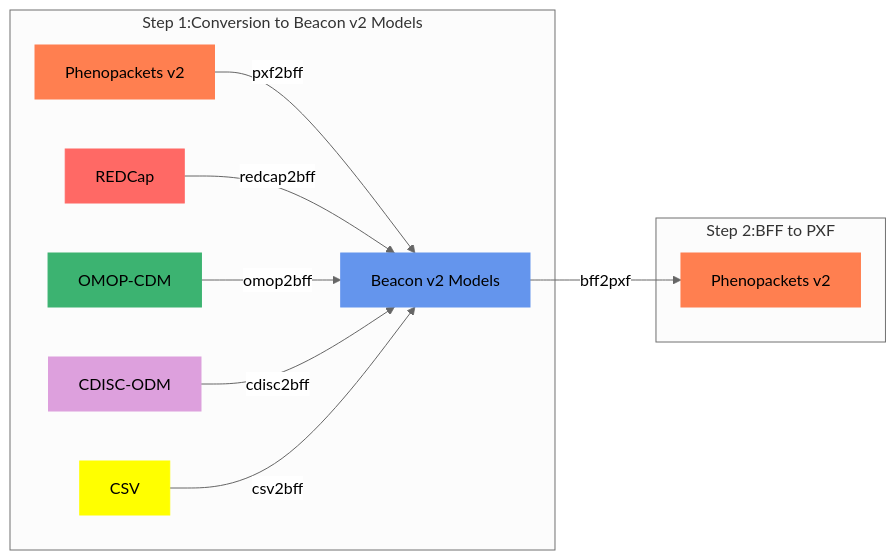
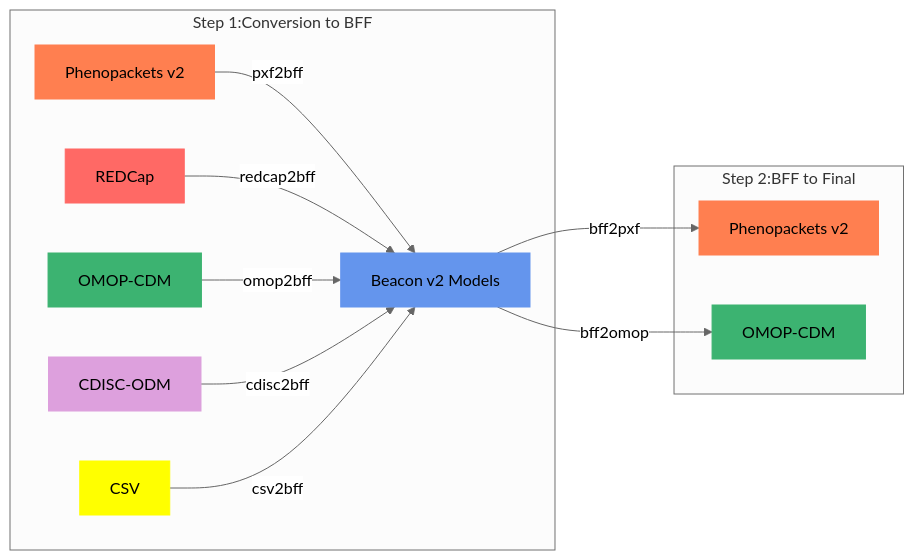
The diagram in docs/mapping-steps.md (CNAG-Biomedical-Informatics/convert-pheno), drawn with Mermaid before and after one commit. The commit also changed other lines of this file and 5 other files, not shown here.

````diff
--- a/docs/mapping-steps.md
+++ b/docs/mapping-steps.md
@@ -5,23 +5,26 @@
 ```mermaid
 %%{init: {'theme':'neutral'}}%%
 graph LR
-  subgraph "Step 1:Conversion to Beacon v2 Models"
+  subgraph "Step 1:Conversion to BFF"
   B[Phenopackets v2] -->|pxf2bff| A
   C[REDCap] -->|redcap2bff| A[Beacon v2 Models]
   D[OMOP-CDM] -->|omop2bff| A
   E[CDISC-ODM] -->|cdisc2bff| A
   G[CSV] -->|csv2bff| A
   end
 
-  subgraph "Step 2:BFF to PXF"
-  A --> |bff2pxf| F[Phenopackets v2]
+  subgraph "Step 2:BFF to Final"
+  A --> |bff2pxf | F[Phenopackets v2]
+  A --> |bff2omop| H[OMOP-CDM]
   end
 
   style A fill: #6495ED, stroke: #6495ED
   style B fill: #FF7F50, stroke: #FF7F50
   style C fill: #FF6965, stroke: #FF6965
   style D fill: #3CB371, stroke: #3CB371
   style E fill: #DDA0DD, stroke: #DDA0DD
   style F fill: #FF7F50, stroke: #FF7F50
   style G fill: #FFFF00, stroke: #FFFF00
+  style H fill: #3CB371, stroke: #3CB371
+
 ```
````
